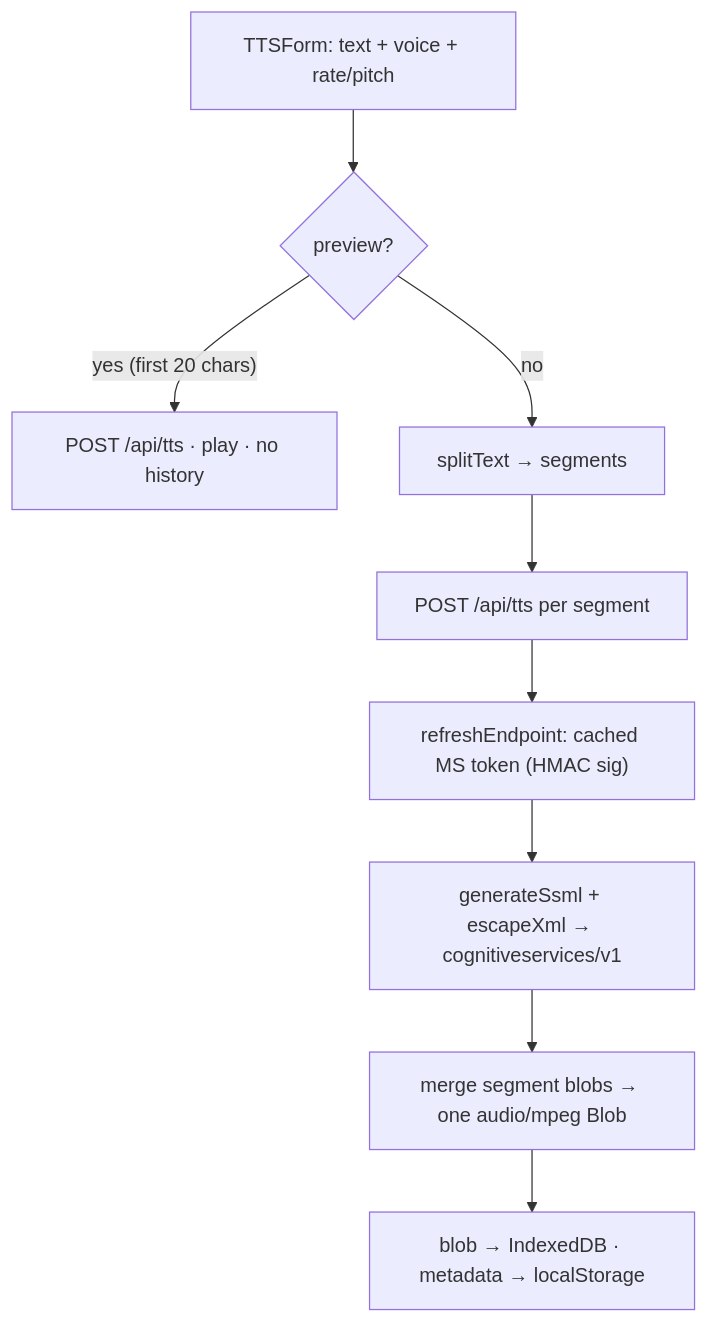
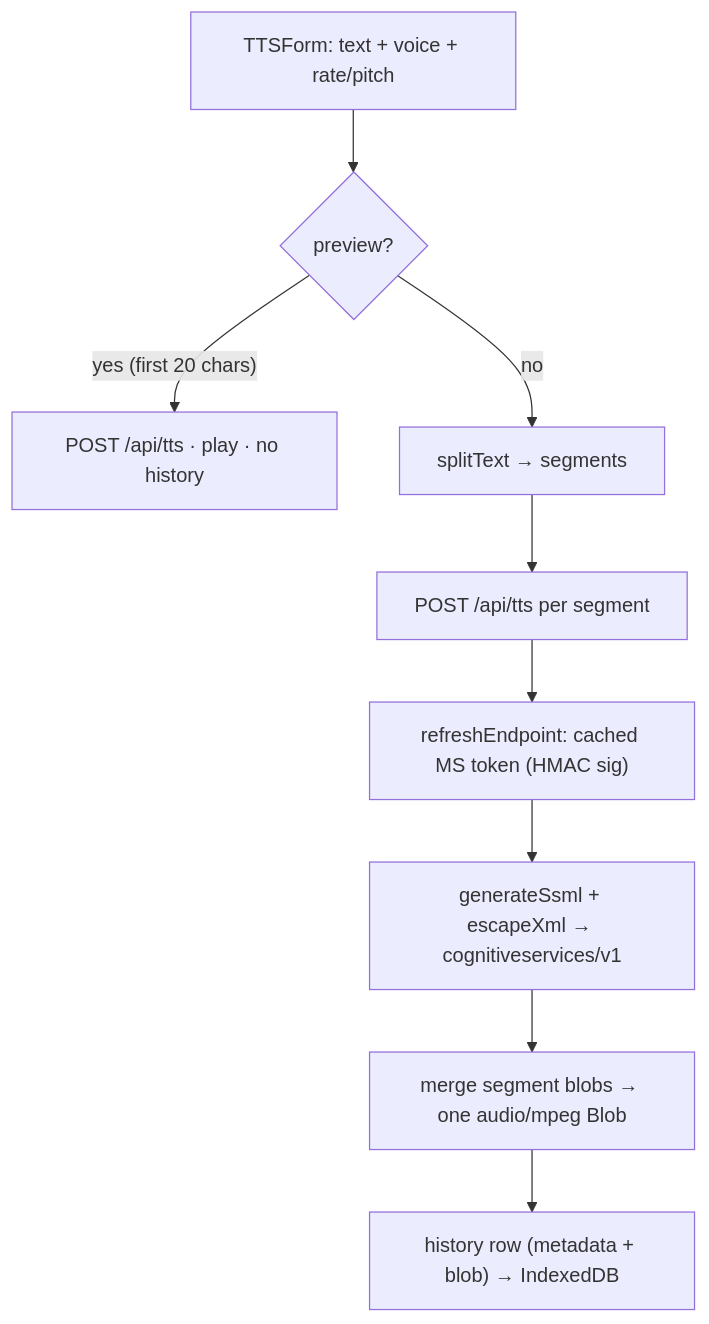
The diagram in apps/bytts/README.md (WuChenDi/projects), drawn with Mermaid before and after one commit. The commit also changed other lines of this file and 31 other files, not shown here.

````diff
--- a/apps/bytts/README.md
+++ b/apps/bytts/README.md
@@ -66,11 +67,11 @@
 ```mermaid
 flowchart TD
     A["TTSForm: text + voice + rate/pitch"] --> B{"preview?"}
     B -->|"yes (first 20 chars)"| P["POST /api/tts · play · no history"]
     B -->|no| S["splitText → segments"]
     S --> R["POST /api/tts per segment"]
     R --> T["refreshEndpoint: cached MS token (HMAC sig)"]
     T --> U["generateSsml + escapeXml → cognitiveservices/v1"]
     U --> M["merge segment blobs → one audio/mpeg Blob"]
-    M --> H["blob → IndexedDB · metadata → localStorage"]
+    M --> H["history row (metadata + blob) → IndexedDB"]
 ```
````
